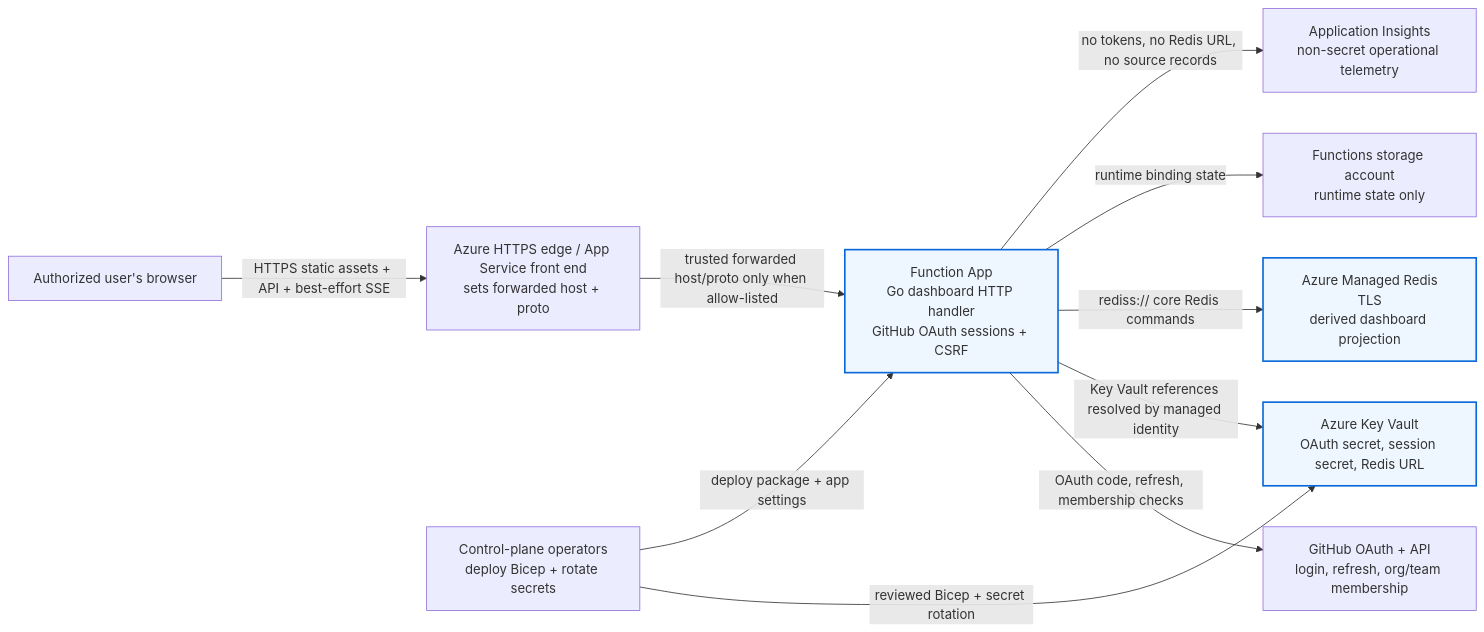
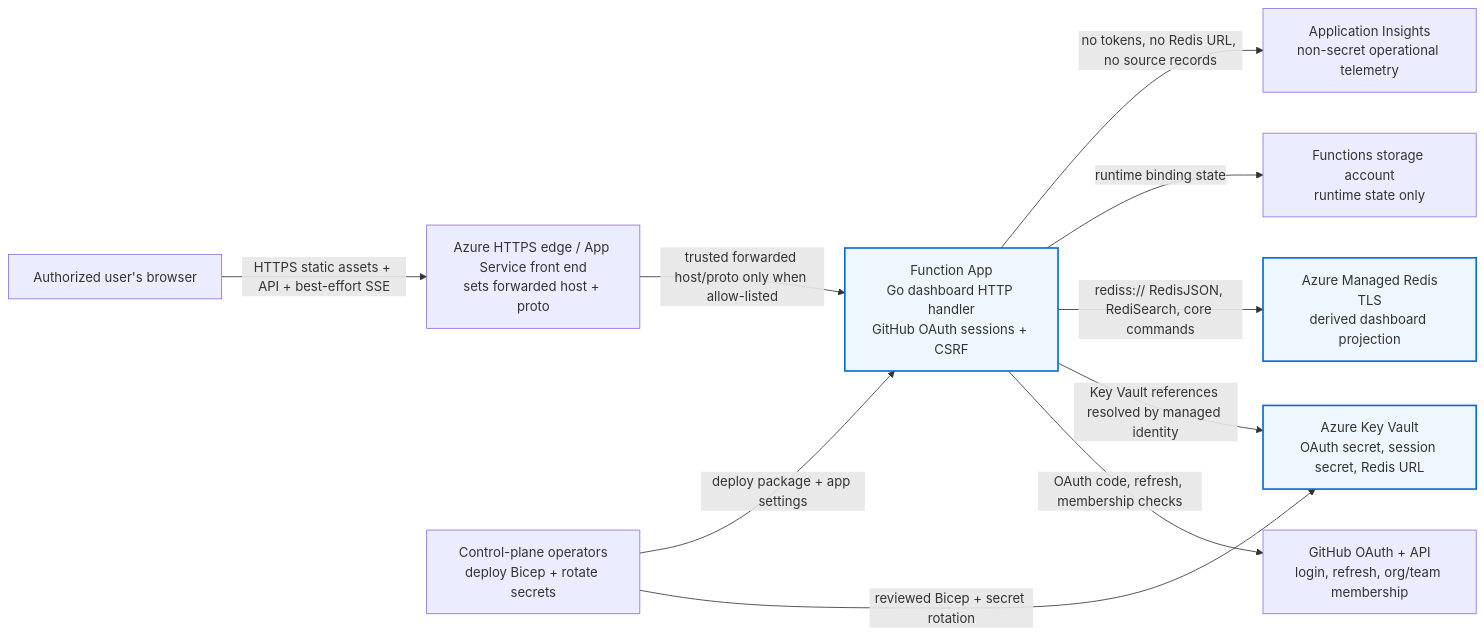
The second of 2 diagrams in server/README.md (bradygaster/gh-aw-cao), drawn with Mermaid before and after one commit. The commit also changed other lines of this file and 19 other files, not shown here.

````diff
--- a/server/README.md
+++ b/server/README.md
@@ -487,25 +487,25 @@
 ```mermaid
 flowchart LR
   Browser["Authorized user's browser"]
   Edge["Azure HTTPS edge / App Service front end<br/>sets forwarded host + proto"]
   Function["Function App<br/>Go dashboard HTTP handler<br/>GitHub OAuth sessions + CSRF"]
   GitHubOAuth["GitHub OAuth + API<br/>login, refresh, org/team membership"]
   KeyVault["Azure Key Vault<br/>OAuth secret, session secret, Redis URL"]
   Redis["Azure Managed Redis<br/>TLS<br/>derived dashboard projection"]
   Storage["Functions storage account<br/>runtime state only"]
   Insights["Application Insights<br/>non-secret operational telemetry"]
   Operators["Control-plane operators<br/>deploy Bicep + rotate secrets"]
 
   Browser -->|"HTTPS static assets + API + best-effort SSE"| Edge
   Edge -->|"trusted forwarded host/proto only when allow-listed"| Function
   Function -->|"OAuth code, refresh, membership checks"| GitHubOAuth
   Function -->|"Key Vault references resolved by managed identity"| KeyVault
-  Function -->|"rediss:// core Redis commands"| Redis
+  Function -->|"rediss:// RedisJSON, RediSearch, core commands"| Redis
   Function -->|"runtime binding state"| Storage
   Function -->|"no tokens, no Redis URL, no source records"| Insights
   Operators -->|"reviewed Bicep + secret rotation"| KeyVault
   Operators -->|"deploy package + app settings"| Function
 
   classDef boundary fill:#eef6ff,stroke:#0969da,stroke-width:2px;
   class Function,KeyVault,Redis boundary;
 ```
````
